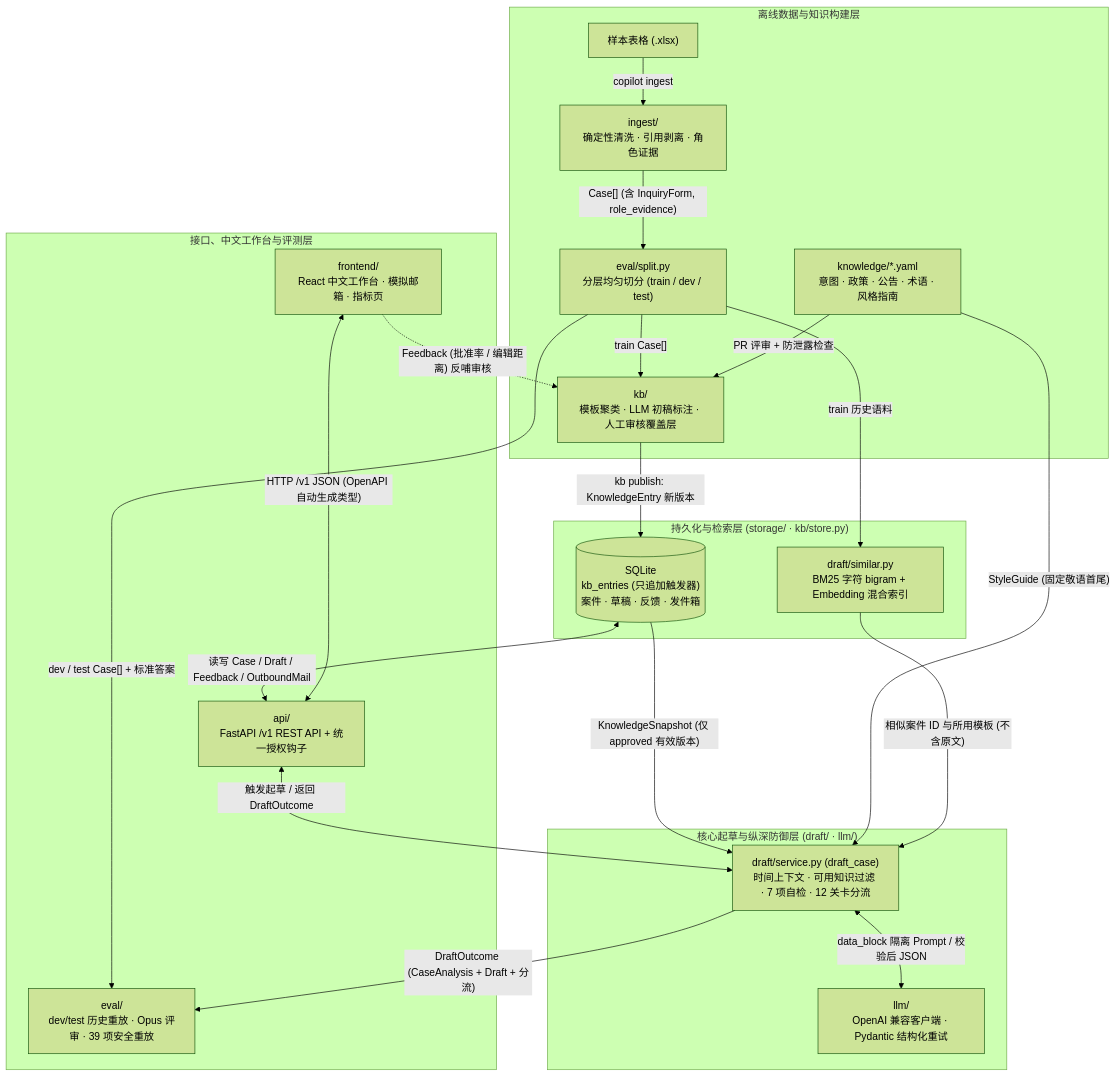
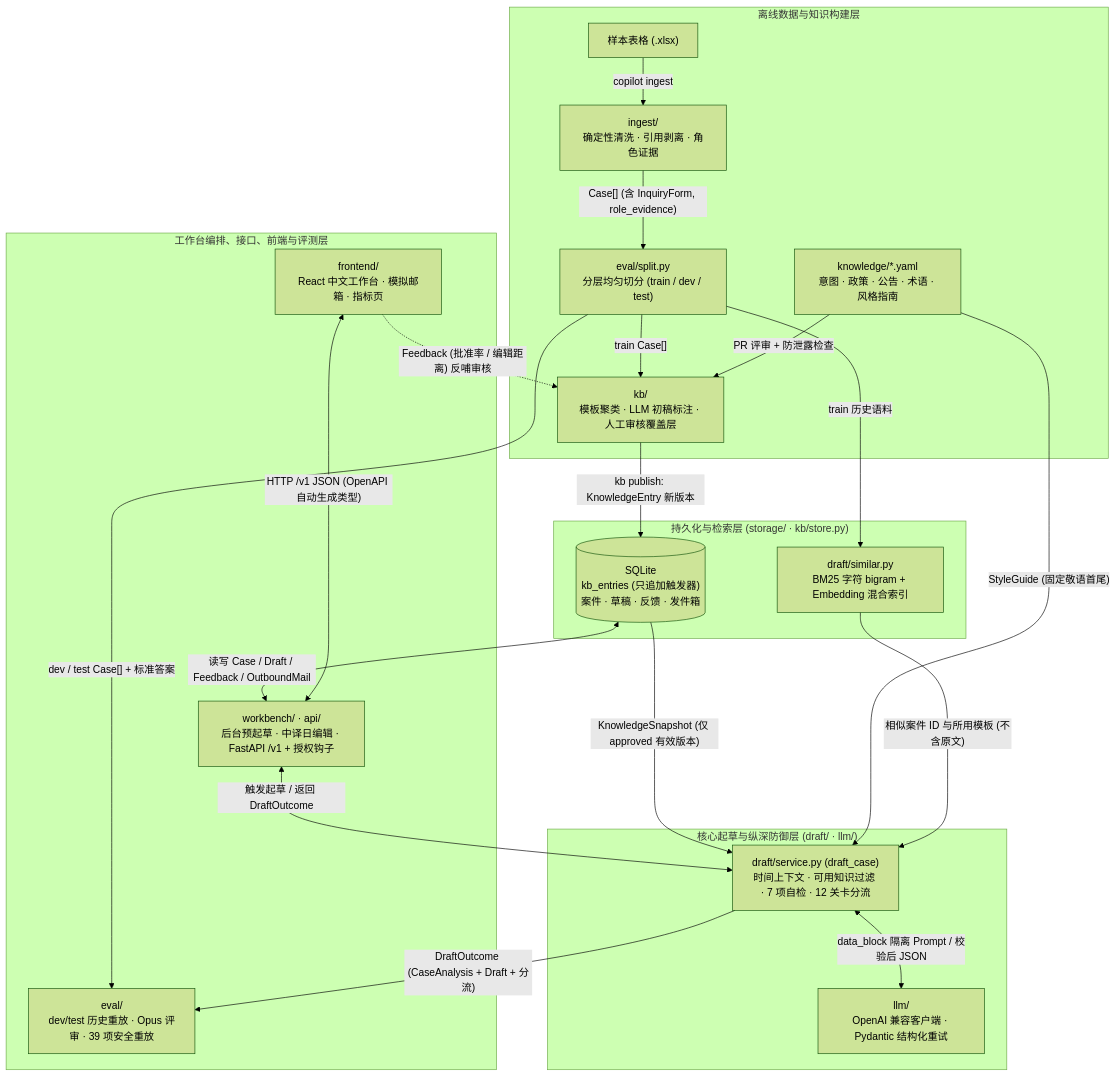
The first of 2 diagrams in docs/approach.md (NatsumeRyuhane/qingci-test), drawn with Mermaid (forest theme) before and after one commit. The commit also changed other lines of this file, not shown here.

````diff
--- a/docs/approach.md
+++ b/docs/approach.md
@@ -29,40 +29,40 @@
 ```mermaid
 flowchart TB
     subgraph Offline["离线数据与知识构建层"]
         XLSX["样本表格 (.xlsx)"] -->|"copilot ingest"| INGEST["ingest/<br/>确定性清洗 · 引用剥离 · 角色证据"]
         INGEST -->|"Case[] (含 InquiryForm, role_evidence)"| SPLIT["eval/split.py<br/>分层均匀切分 (train / dev / test)"]
         SPLIT -->|"train Case[]"| KB["kb/<br/>模板聚类 · LLM 初稿标注 · 人工审核覆盖层"]
         YAML["knowledge/*.yaml<br/>意图 · 政策 · 公告 · 术语 · 风格指南"] -->|"PR 评审 + 防泄露检查"| KB
     end
 
     subgraph Storage["持久化与检索层 (storage/ · kb/store.py)"]
         DB[("SQLite<br/>kb_entries (只追加触发器)<br/>案件 · 草稿 · 反馈 · 发件箱")]
         SIM["draft/similar.py<br/>BM25 字符 bigram + Embedding 混合索引"]
     end
 
     KB -->|"kb publish: KnowledgeEntry 新版本"| DB
     SPLIT -->|"train 历史语料"| SIM
 
     subgraph Core["核心起草与纵深防御层 (draft/ · llm/)"]
         DRAFT["draft/service.py (draft_case)<br/>时间上下文 · 可用知识过滤 · 7 项自检 · 12 关卡分流"]
         LLM["llm/<br/>OpenAI 兼容客户端 · Pydantic 结构化重试"]
         DRAFT <-->|"data_block 隔离 Prompt / 校验后 JSON"| LLM
     end
 
     DB -->|"KnowledgeSnapshot (仅 approved 有效版本)"| DRAFT
     YAML -->|"StyleGuide (固定敬语首尾)"| DRAFT
     SIM -->|"相似案件 ID 与所用模板 (不含原文)"| DRAFT
 
-    subgraph Surface["接口、中文工作台与评测层"]
-        API["api/<br/>FastAPI /v1 REST API + 统一授权钩子"]
+    subgraph Surface["工作台编排、接口、前端与评测层"]
+        API["workbench/ · api/<br/>后台预起草 · 中译日编辑 · FastAPI /v1 + 授权钩子"]
         UI["frontend/<br/>React 中文工作台 · 模拟邮箱 · 指标页"]
         EVAL["eval/<br/>dev/test 历史重放 · Opus 评审 · 39 项安全重放"]
     end
 
     SPLIT -->|"dev / test Case[] + 标准答案"| EVAL
     DRAFT -->|"DraftOutcome (CaseAnalysis + Draft + 分流)"| EVAL
     DB <-->|"读写 Case / Draft / Feedback / OutboundMail"| API
     API <-->|"触发起草 / 返回 DraftOutcome"| DRAFT
     UI <-->|"HTTP /v1 JSON (OpenAPI 自动生成类型)"| API
     UI -.->|"Feedback (批准率 / 编辑距离) 反哺审核"| KB
 ```
````
